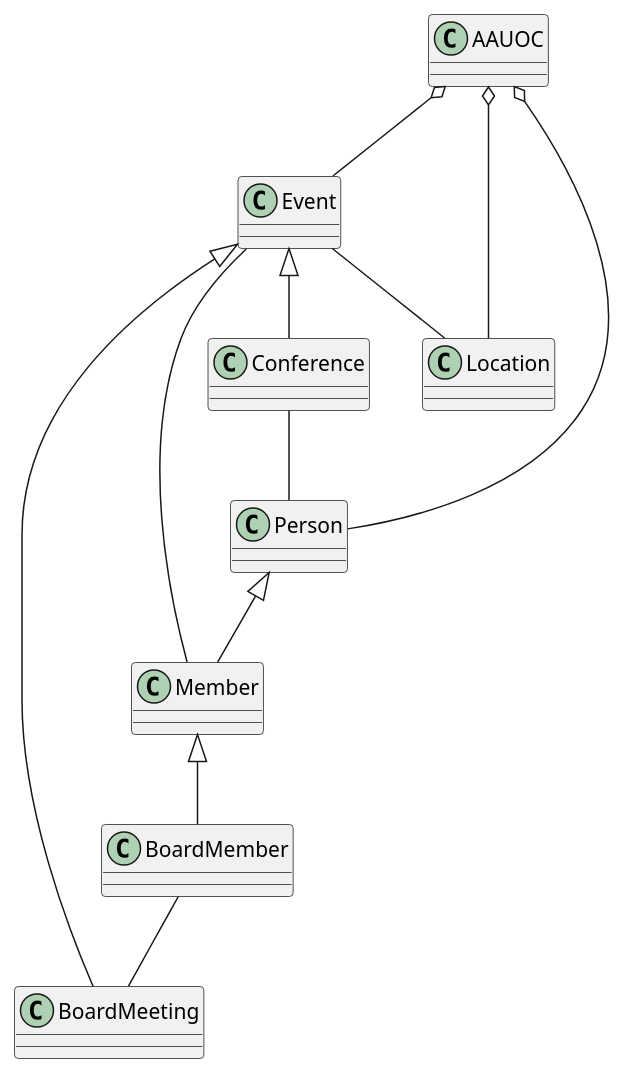
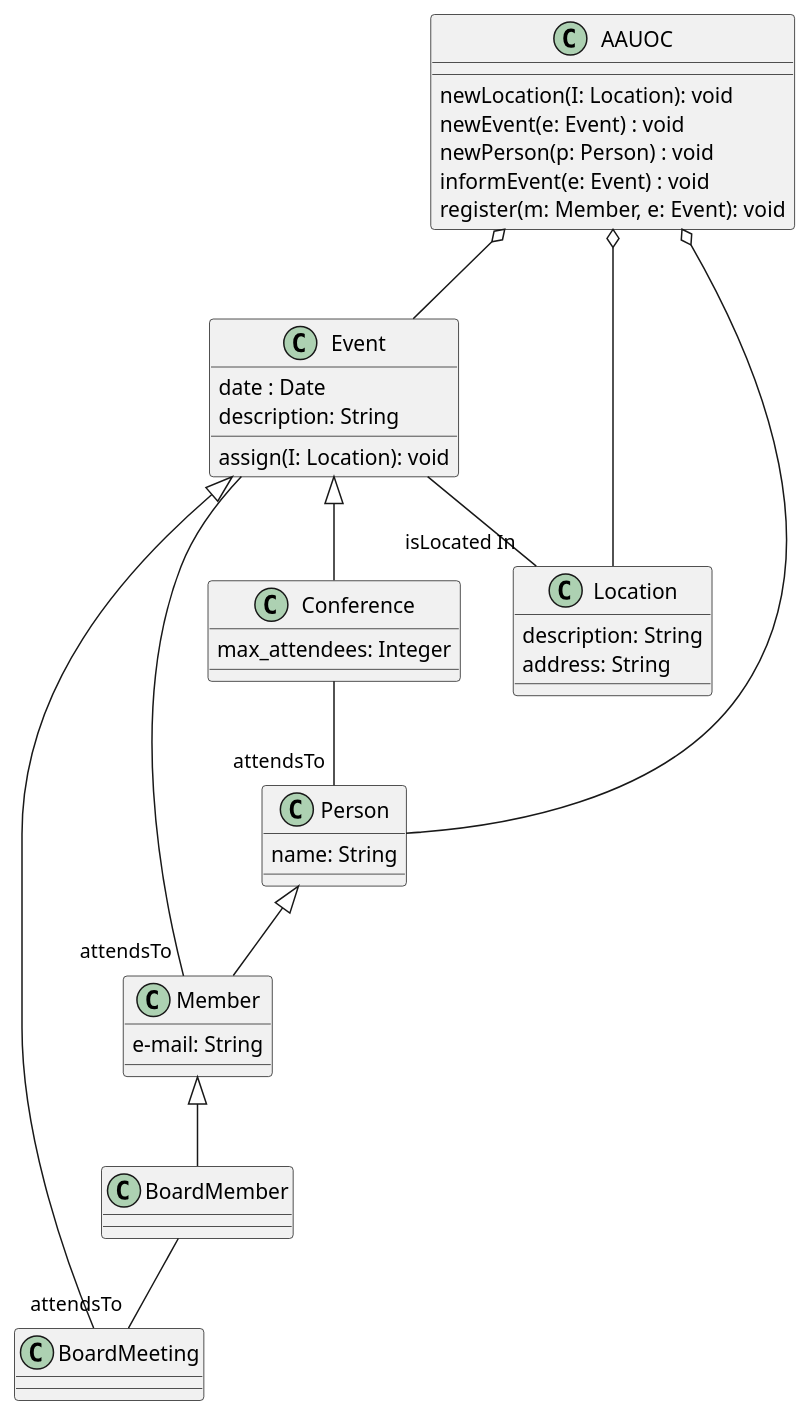
One commit to frariqsan/UMLClasesFranciscoJavier changed the diagram in src/Test.puml. Above: the diagram before and after it, drawn with PlantUML.

Commit message:
ADD: methods & attributes

```diff
--- a/src/Test.puml
+++ b/src/Test.puml
@@ -1,21 +1,48 @@
 @startuml
 class Member
 class BoardMember
 class Event
 class Conference
 class BoardMeeting
 class Location
 class Person
 class AAUOC
 Event <|-- Conference
 Event <|-- BoardMeeting
+Member <|-- BoardMember
 Person <|-- Member
-Member <|-- BoardMember
 AAUOC o-- Person
 AAUOC o-- Event
 AAUOC o-- Location
-Event -- Location
-Event -- Member
-BoardMember -- BoardMeeting
-Conference -- Person
+Event -- "isLocated In" Location
+Event -- "attendsTo" Member
+BoardMember -- "attendsTo" BoardMeeting
+Conference -- "attendsTo" Person
+class Location{
+description: String
+address: String
+}
+class Event{
+date : Date
+description: String
+assign(I: Location): void
+}
+class Person{
+name: String
+}
+class Member{
+e-mail: String
+}
+class Conference{
+max_attendees: Integer
+}
+class AAUOC{
+newLocation(I: Location): void
+newEvent(e: Event) : void
+newPerson(p: Person) : void
+informEvent(e: Event) : void
+register(m: Member, e: Event): void
+}
+
+
 @enduml
```
